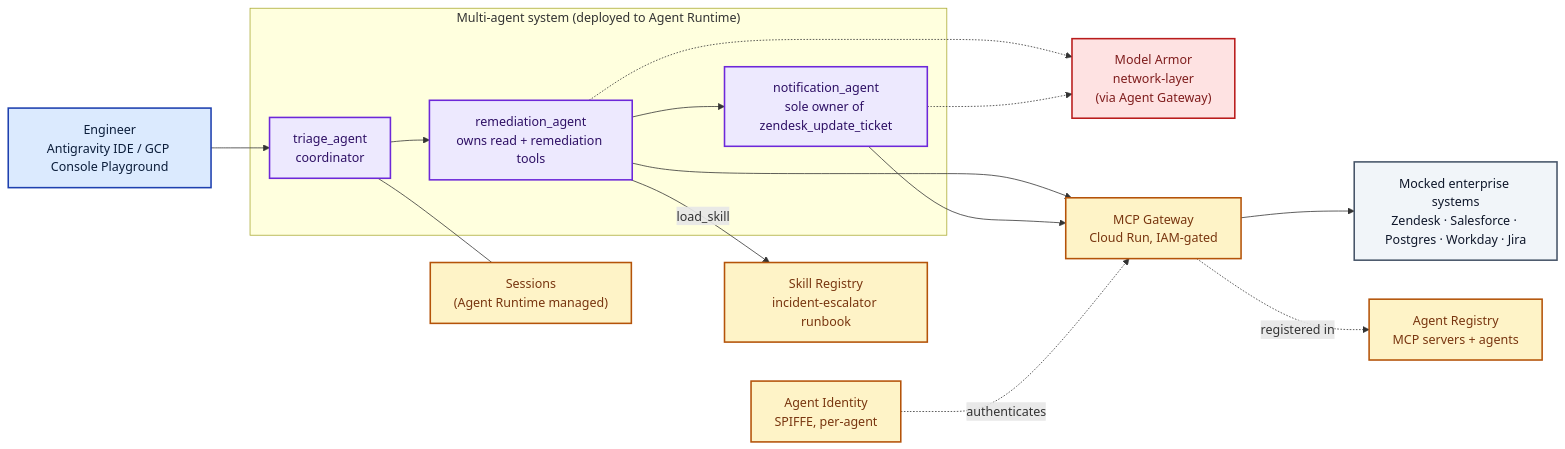
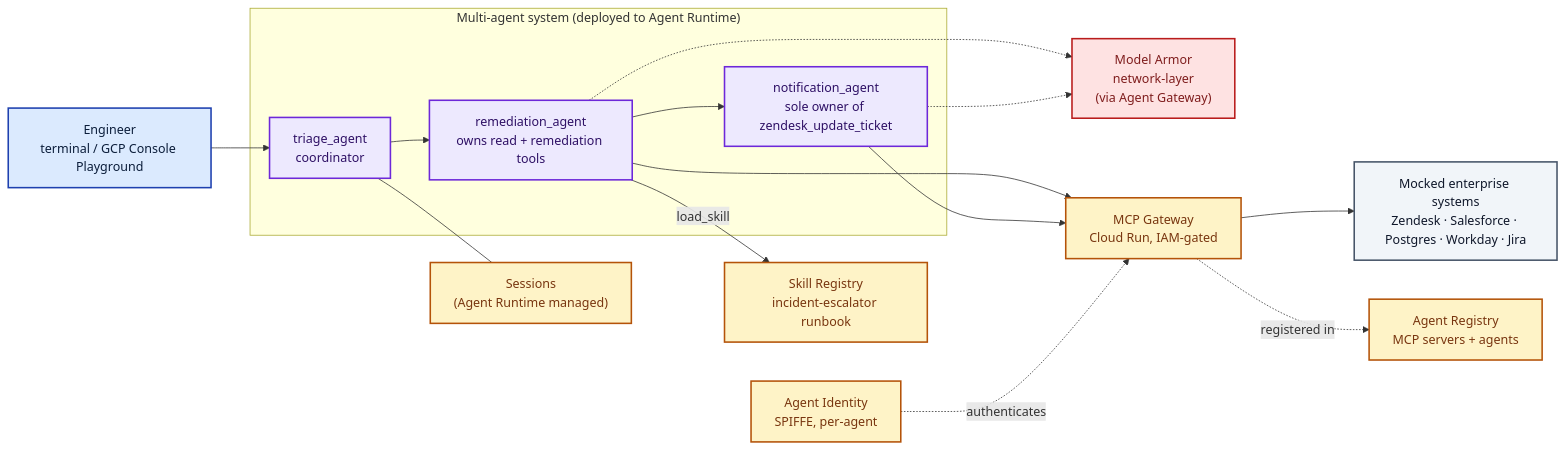
The diagram in README.md (aiarchitect2406/incidentanalysisagent), drawn with Mermaid before and after one commit. The commit also changed other lines of this file and 23 other files, not shown here.

````diff
--- a/README.md
+++ b/README.md
@@ -52,38 +55,38 @@
 ```mermaid
 flowchart LR
   classDef user  fill:#dbeafe,stroke:#1e40af,color:#0b1d3a,stroke-width:2px
   classDef agent fill:#ede9fe,stroke:#6d28d9,color:#2e1065,stroke-width:2px
   classDef geap  fill:#fef3c7,stroke:#b45309,color:#78350f,stroke-width:2px
   classDef sec   fill:#fee2e2,stroke:#b91c1c,color:#7f1d1d,stroke-width:2px
   classDef ext   fill:#f1f5f9,stroke:#475569,color:#0f172a,stroke-width:2px
 
-  DEV["Engineer<br/>Antigravity IDE / GCP Console Playground"]:::user
+  DEV["Engineer<br/>terminal / GCP Console Playground"]:::user
 
   subgraph AGENTS["Multi-agent system (deployed to Agent Runtime)"]
     T["triage_agent<br/>coordinator"]:::agent
     R["remediation_agent<br/>owns read + remediation tools"]:::agent
     N["notification_agent<br/>sole owner of zendesk_update_ticket"]:::agent
   end
 
   SKILL["Skill Registry<br/>incident-escalator runbook"]:::geap
   SESS["Sessions<br/>(Agent Runtime managed)"]:::geap
   ID["Agent Identity<br/>SPIFFE, per-agent"]:::geap
   AR["Agent Registry<br/>MCP servers + agents"]:::geap
 
   MA["Model Armor<br/>network-layer<br/>(via Agent Gateway)"]:::sec
   MCP["MCP Gateway<br/>Cloud Run, IAM-gated"]:::geap
   BACKENDS["Mocked enterprise systems<br/>Zendesk · Salesforce · Postgres · Workday · Jira"]:::ext
 
   DEV --> T
   T --> R
   R --> N
   T --- SESS
   R -- "load_skill" --> SKILL
   R -.-> MA
   N -.-> MA
   R --> MCP
   N --> MCP
   ID -. "authenticates" .-> MCP
   MCP --> BACKENDS
   MCP -. "registered in" .-> AR
 ```
````
